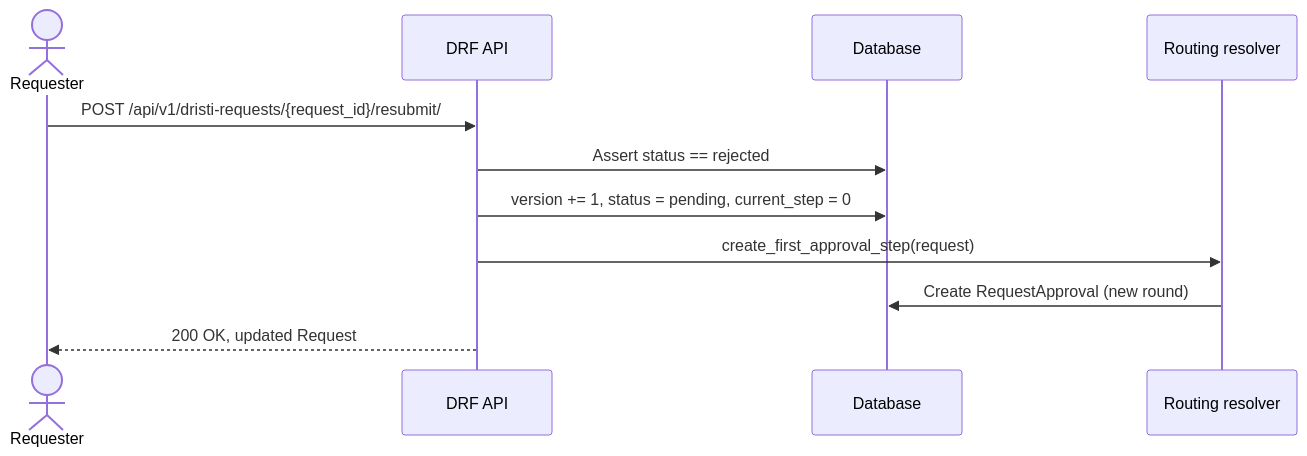
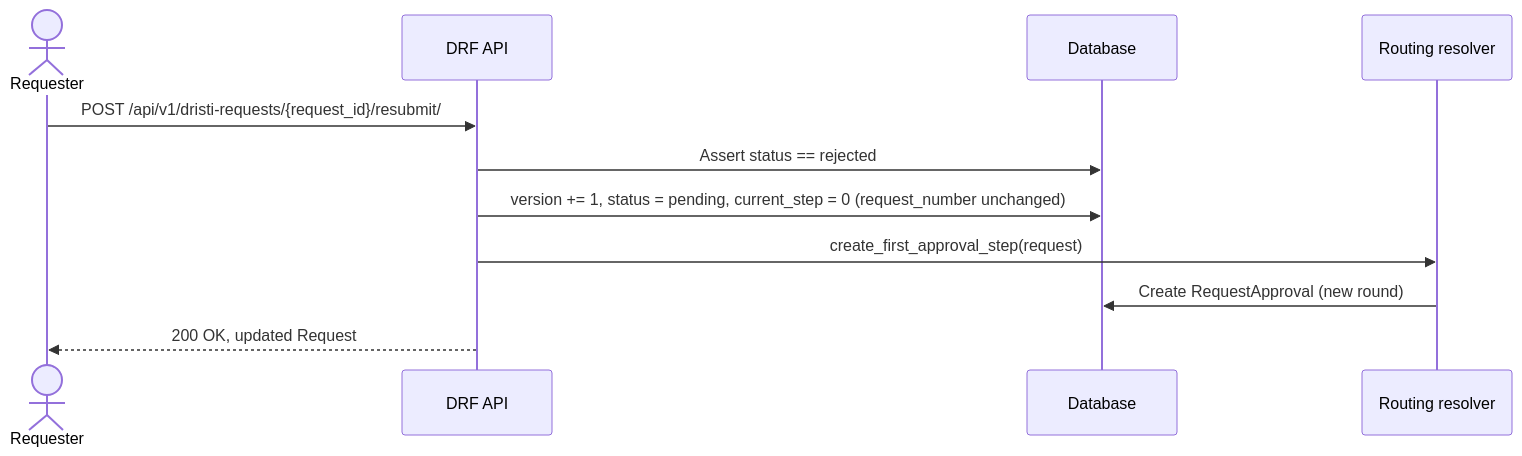
The seventh of 8 diagrams in spec/0010-simple-requests-flow.md (pucardotorg/dristi-be), drawn with Mermaid before and after one commit. The commit also changed other lines of this file and 15 other files, not shown here.

Commit message:
Added human readable request_number to the request

````diff
--- a/spec/0010-simple-requests-flow.md
+++ b/spec/0010-simple-requests-flow.md
@@ -448,14 +622,14 @@
 ```mermaid
 sequenceDiagram
     actor U as Requester
     participant API as DRF API
     participant DB as Database
     participant R as Routing resolver
 
     U->>API: POST /api/v1/dristi-requests/{request_id}/resubmit/
     API->>DB: Assert status == rejected
-    API->>DB: version += 1, status = pending, current_step = 0
+    API->>DB: version += 1, status = pending, current_step = 0 (request_number unchanged)
     API->>R: create_first_approval_step(request)
     R->>DB: Create RequestApproval (new round)
     API-->>U: 200 OK, updated Request
 ```
````
